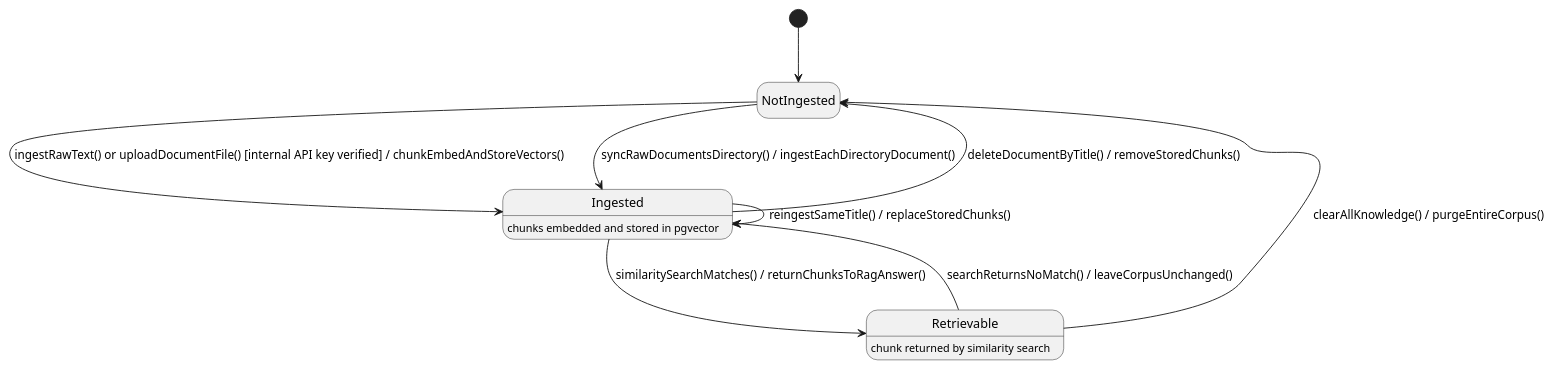
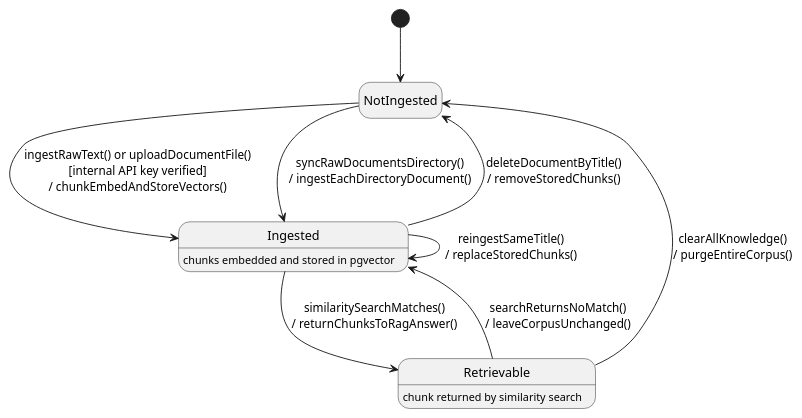
One commit to ChuongBDHE172784/CareBridge_SEP490_G79 changed the third of 3 diagrams in 03_Design/Detailed_Design/MF06_AI_Nurse_Assistant/02_AI_Knowledge_Base_and_Diagnostics_Operations.md. Above: the diagram before and after it, drawn with PlantUML. The commit also changed 61 other files, not shown here.

Commit message:
docs: update detailed design documentation and state chart diagrams across all feature modules

````diff
--- a/03_Design/Detailed_Design/MF06_AI_Nurse_Assistant/02_AI_Knowledge_Base_and_Diagnostics_Operations.md
+++ b/03_Design/Detailed_Design/MF06_AI_Nurse_Assistant/02_AI_Knowledge_Base_and_Diagnostics_Operations.md
@@ -278,17 +278,17 @@
 ```plantuml
 @startuml StateChartDiagram_02AIKnowledgeBaseandDiagnosticsOperations
 hide empty description
 [*] --> NotIngested
 
-NotIngested --> Ingested : ingestRawText() or uploadDocumentFile() [internal API key verified] / chunkEmbedAndStoreVectors()
-NotIngested --> Ingested : syncRawDocumentsDirectory() / ingestEachDirectoryDocument()
-Ingested --> Ingested : reingestSameTitle() / replaceStoredChunks()
-Ingested --> Retrievable : similaritySearchMatches() / returnChunksToRagAnswer()
-Retrievable --> Ingested : searchReturnsNoMatch() / leaveCorpusUnchanged()
-Ingested --> NotIngested : deleteDocumentByTitle() / removeStoredChunks()
-Retrievable --> NotIngested : clearAllKnowledge() / purgeEntireCorpus()
+NotIngested --> Ingested : ingestRawText() or uploadDocumentFile()\n[internal API key verified]\n/ chunkEmbedAndStoreVectors()
+NotIngested --> Ingested : syncRawDocumentsDirectory()\n/ ingestEachDirectoryDocument()
+Ingested --> Ingested : reingestSameTitle()\n/ replaceStoredChunks()
+Ingested --> Retrievable : similaritySearchMatches()\n/ returnChunksToRagAnswer()
+Retrievable --> Ingested : searchReturnsNoMatch()\n/ leaveCorpusUnchanged()
+Ingested --> NotIngested : deleteDocumentByTitle()\n/ removeStoredChunks()
+Retrievable --> NotIngested : clearAllKnowledge()\n/ purgeEntireCorpus()
 
 Ingested : chunks embedded and stored in pgvector
 Retrievable : chunk returned by similarity search
 @enduml
 ```
````
